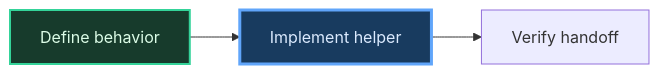
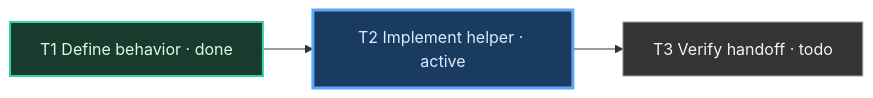
One commit to jjanyan/joshix changed the diagram in skills/using-joshix/references/progress-dag.md. Above: the diagram before and after it, drawn with Mermaid. The commit also changed other lines of this file and 23 other files, not shown here.

````diff
--- a/skills/using-joshix/references/progress-dag.md
+++ b/skills/using-joshix/references/progress-dag.md
@@ -42,9 +186,12 @@
 ```mermaid
 flowchart LR
-  T1["Define behavior"] --> T2["Implement helper"]
-  T2 --> T3["Verify handoff"]
+  T1["T1 Define behavior · done"] --> T2["T2 Implement helper · active"]
+  T2 --> T3["T3 Verify handoff · todo"]
   classDef done fill:#173b2c,stroke:#34d399,color:#dcfce7,stroke-width:2px
   classDef active fill:#183b5f,stroke:#60a5fa,color:#dbeafe,stroke-width:3px
+  classDef todo fill:#343434,stroke:#9ca3af,color:#f3f4f6,stroke-width:1px
+  classDef blocked fill:#4a3216,stroke:#fbbf24,color:#fef3c7,stroke-width:2px
   class T1 done
   class T2 active
+  class T3 todo
 ```
````
